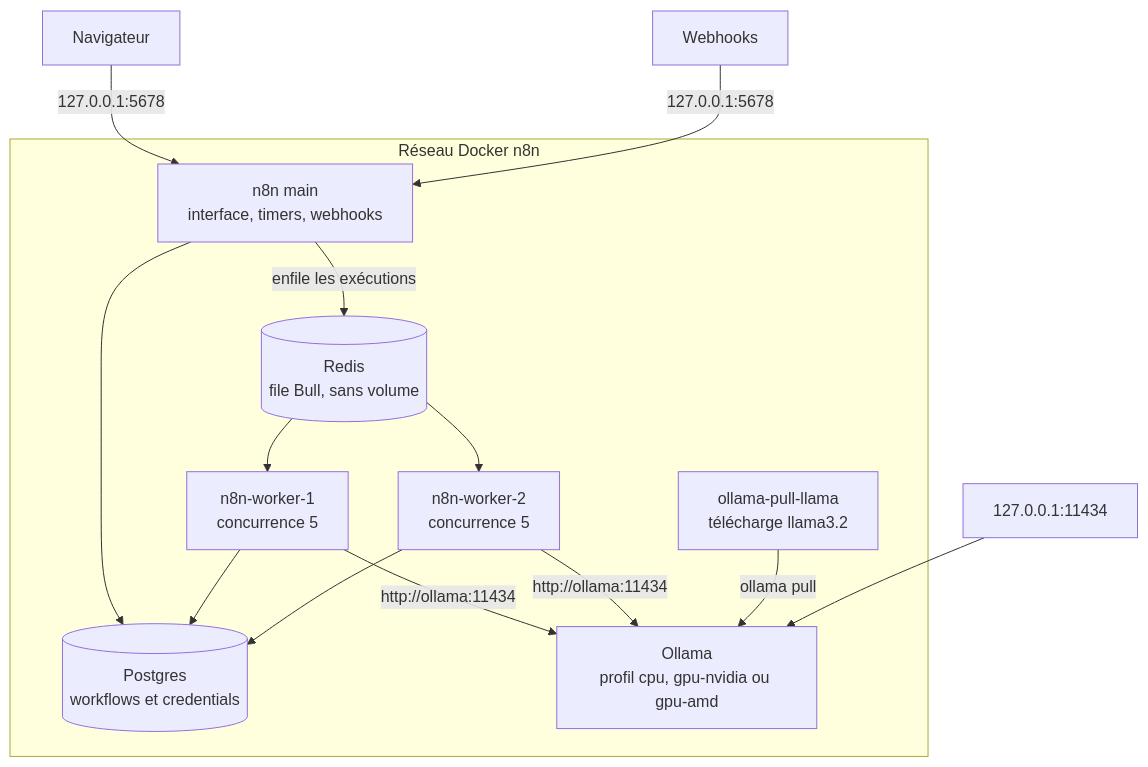
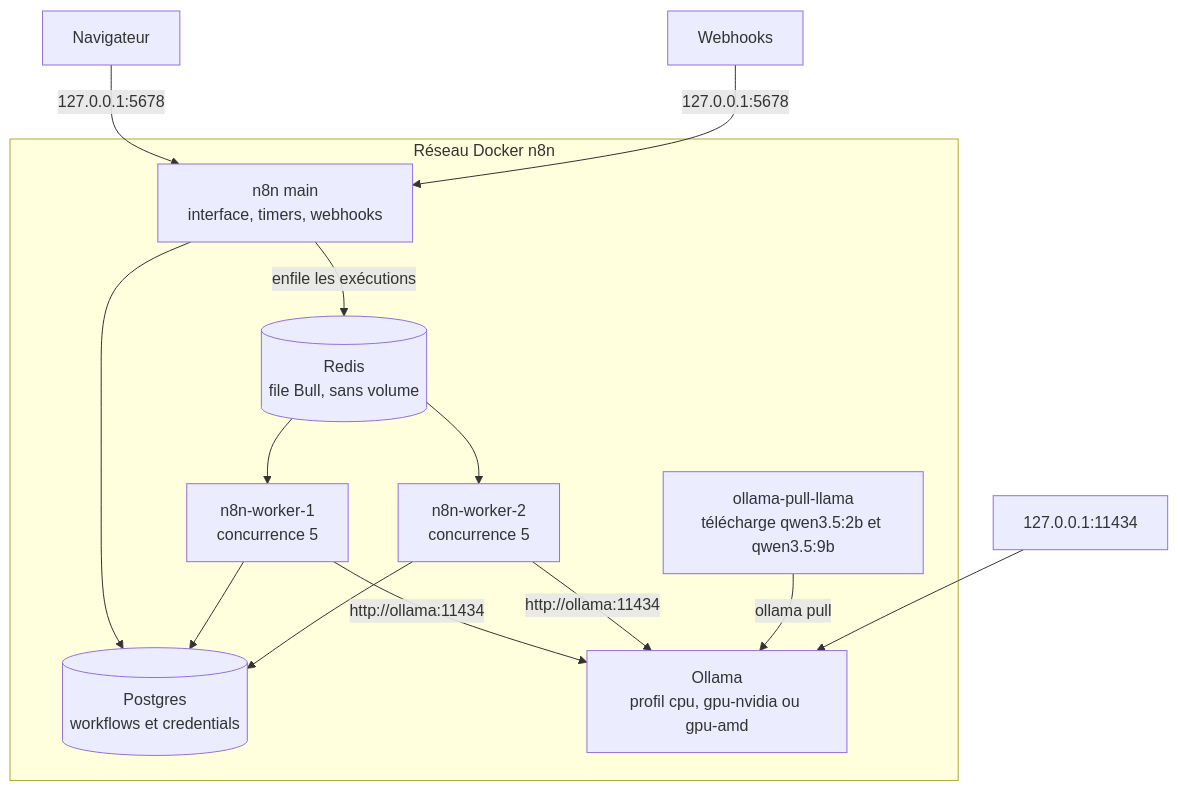
The diagram in README.md (agence-kalya/n8n-self-host-ai), drawn with Mermaid before and after one commit. The commit also changed other lines of this file and 1 other file, not shown here.

Commit message:
Chage downloads from `llama3.2` to `qwen3.5:2b` and `qwen3.5:9b` for the `ollama-pull-llama` container.

````diff
--- a/README.md
+++ b/README.md
@@ -5,28 +5,28 @@
 ```mermaid
 flowchart TB
   navigateur["Navigateur"]
   webhooks["Webhooks"]
 
   subgraph reseau["Réseau Docker n8n"]
     main["n8n main<br/>interface, timers, webhooks"]
     redis[("Redis<br/>file Bull, sans volume")]
     worker1["n8n-worker-1<br/>concurrence 5"]
     worker2["n8n-worker-2<br/>concurrence 5"]
     postgres[("Postgres<br/>workflows et credentials")]
     ollama["Ollama<br/>profil cpu, gpu-nvidia ou gpu-amd"]
-    pull["ollama-pull-llama<br/>télécharge llama3.2"]
+    pull["ollama-pull-llama<br/>télécharge qwen3.5:2b et qwen3.5:9b"]
   end
 
   navigateur -->|"127.0.0.1:5678"| main
   webhooks -->|"127.0.0.1:5678"| main
   main -->|"enfile les exécutions"| redis
   redis --> worker1
   redis --> worker2
   main --> postgres
   worker1 --> postgres
   worker2 --> postgres
   worker1 -->|"http://ollama:11434"| ollama
   worker2 -->|"http://ollama:11434"| ollama
   pull -->|"ollama pull"| ollama
   hote["127.0.0.1:11434"] --> ollama
 ```
````
